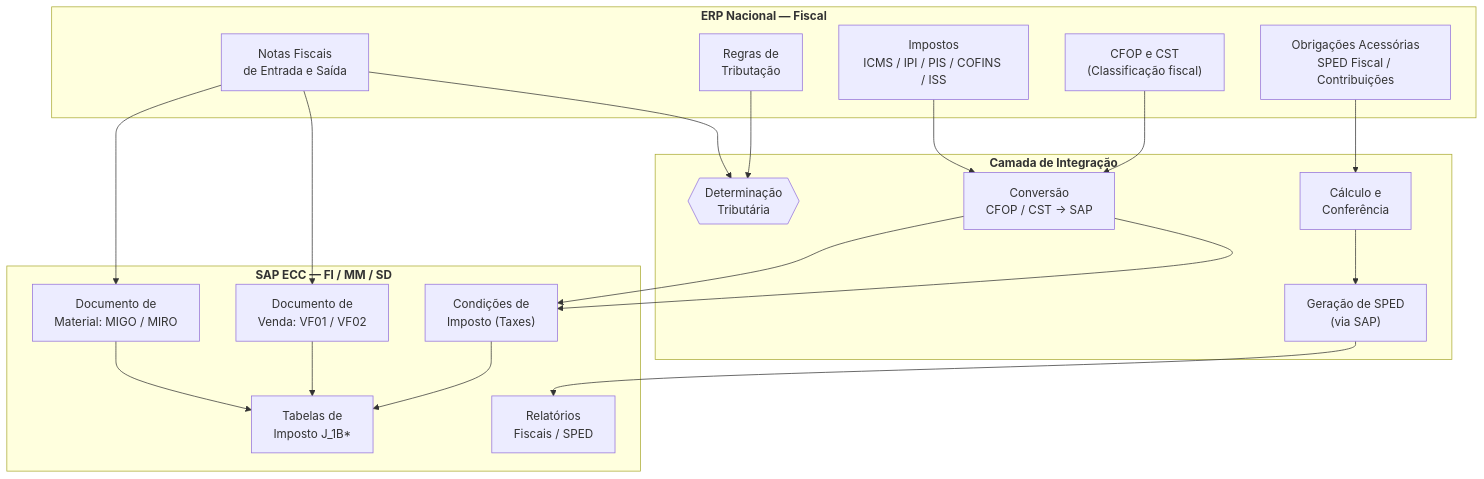
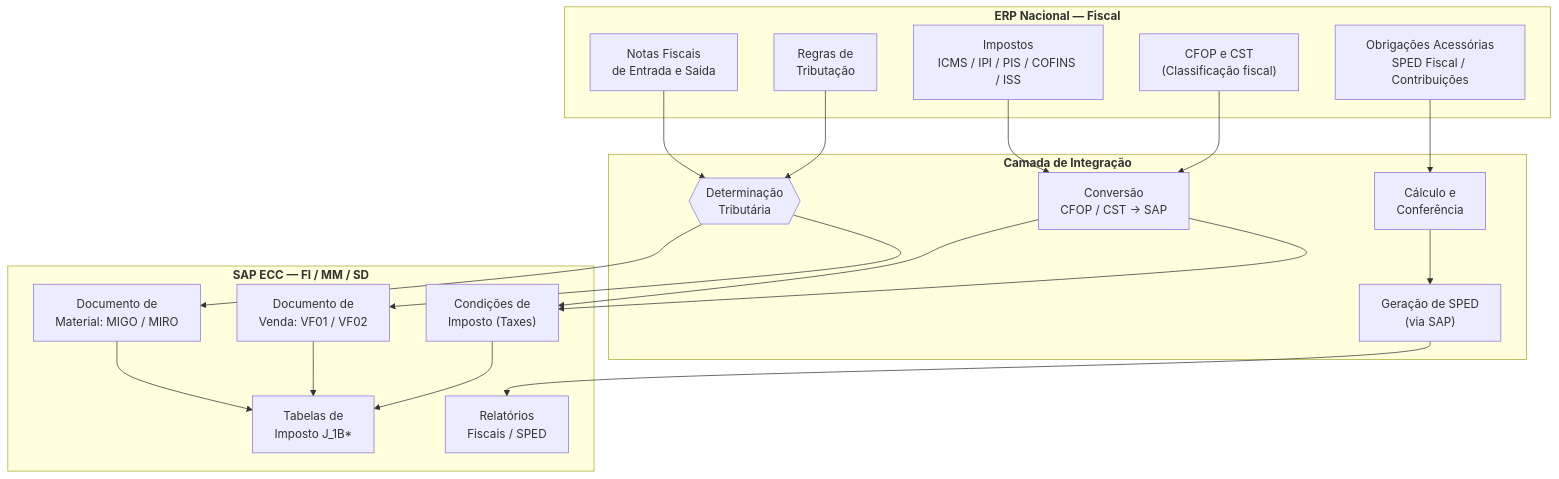
Before and after one commit to rbutzke/Case-Arquitetura-Integracao-SAP-x-ERP-On-Premise: the third of 6 diagrams in README.md, drawn with Mermaid. The commit also changed other lines of this file, not shown here.

````diff
--- a/README.md
+++ b/README.md
@@ -153,36 +153,36 @@
 ```mermaid
 flowchart TB
   subgraph ORI["<b>ERP Nacional — Fiscal</b>"]
     A1["Notas Fiscais<br/>de Entrada e Saída"]
     A2["Impostos<br/>ICMS / IPI / PIS / COFINS / ISS"]
     A3["CFOP e CST<br/>(Classificação fiscal)"]
     A4["Regras de<br/>Tributação"]
     A5["Obrigações Acessórias<br/>SPED Fiscal / Contribuições"]
   end
 
   subgraph MID["<b>Camada de Integração</b>"]
     B1{{"Determinação<br/>Tributária"}}
     B2["Conversão<br/>CFOP / CST → SAP"]
     B3["Cálculo e<br/>Conferência"]
     B4["Geração de SPED<br/>(via SAP)"]
   end
 
   subgraph DST["<b>SAP ECC — FI / MM / SD</b>"]
     C1["Documento de<br/>Material: MIGO / MIRO"]
     C2["Documento de<br/>Venda: VF01 / VF02"]
     C3["Condições de<br/>Imposto (Taxes)"]
     C4["Tabelas de<br/>Imposto J_1B*"]
     C5["Relatórios<br/>Fiscais / SPED"]
   end
 
   A1 --> B1
-  A1 --> C1
-  A1 --> C2
+  B1 --> C1
+  B1 --> C2
   A2 --> B2 --> C3
   A3 --> B2 --> C3
   A4 --> B1
   A5 --> B3 --> B4 --> C5
   C1 --> C4
   C2 --> C4
   C3 --> C4
 ```
````
